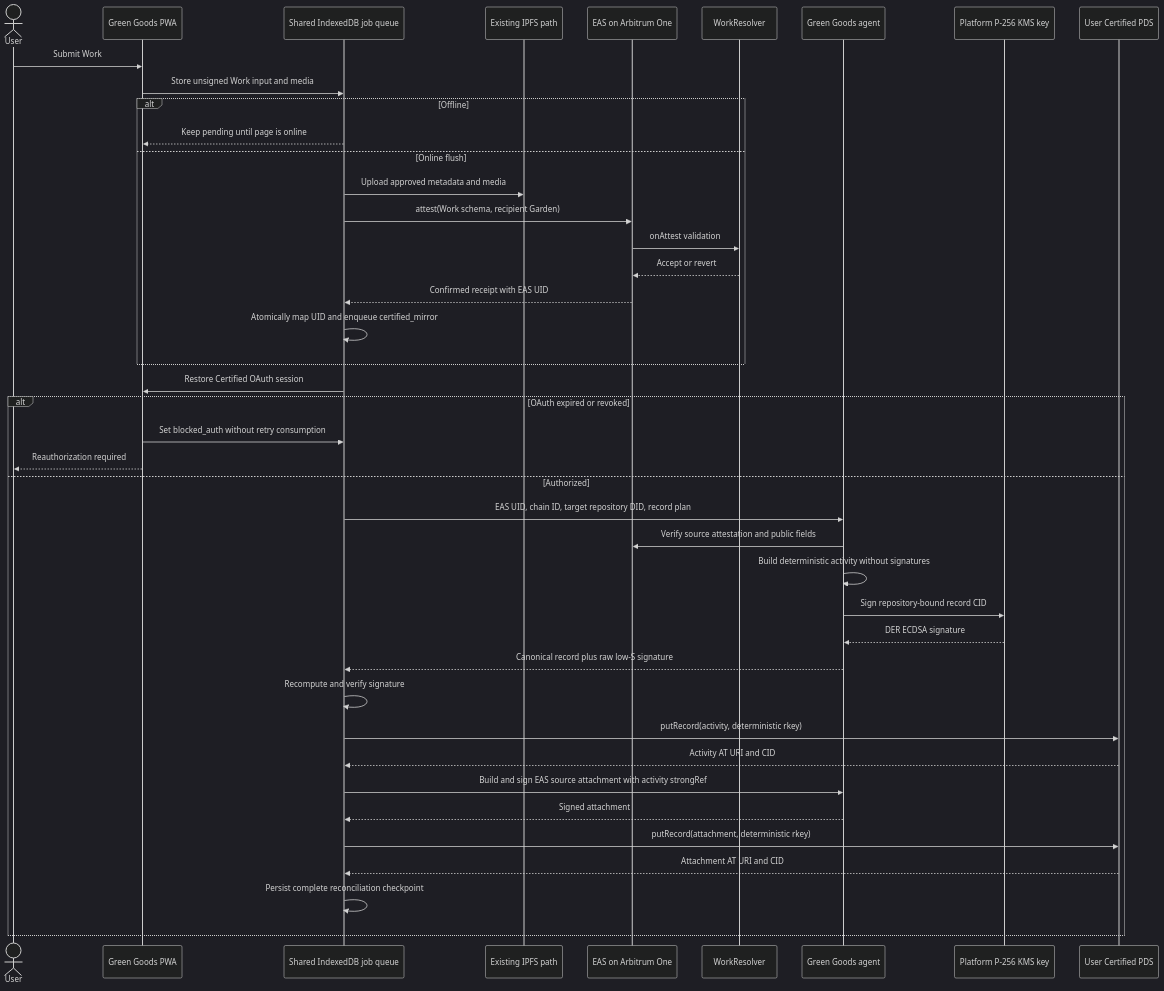
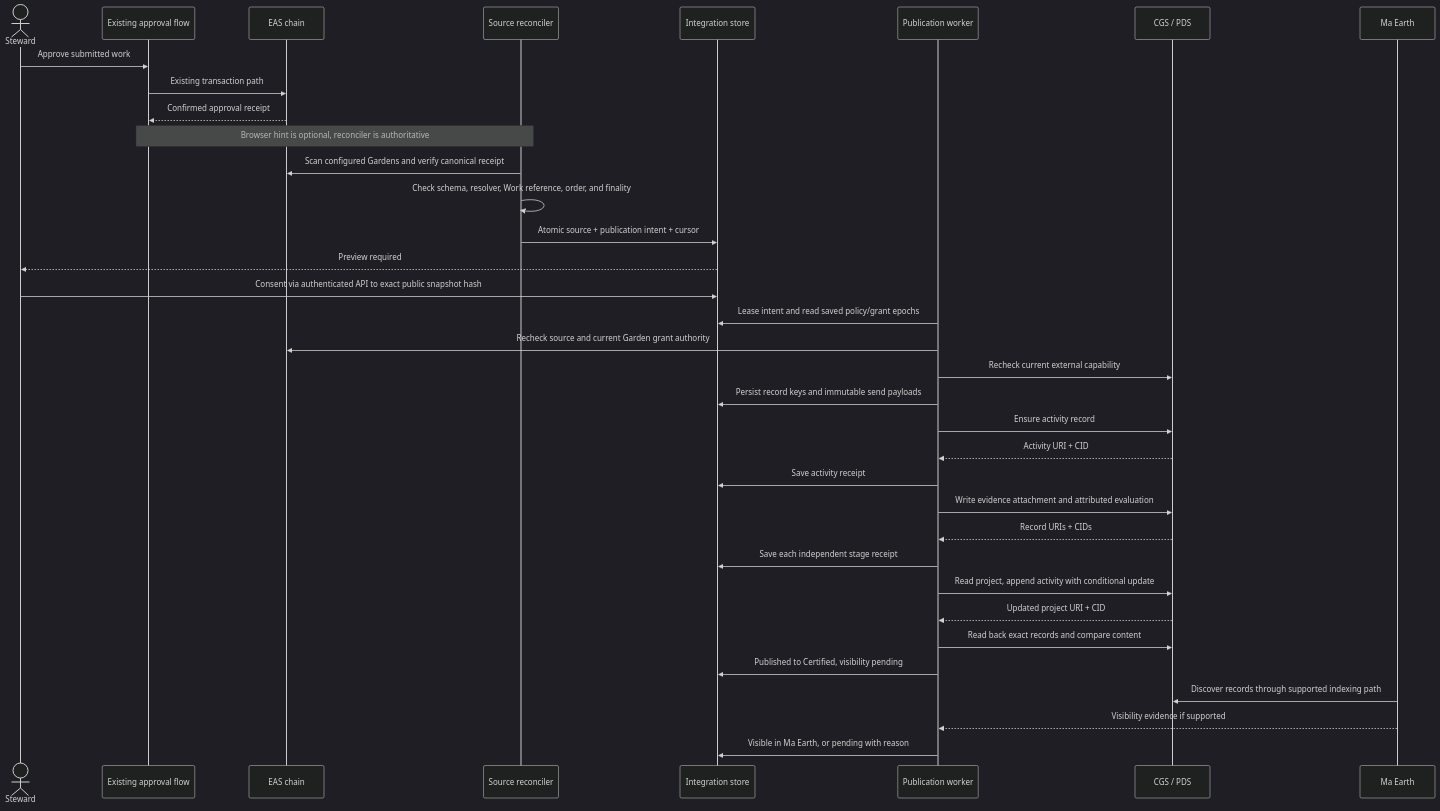
The fifth of 10 diagrams in docs/docs/builders/reference/certified-atproto-integration-spec-2026-07.md (greenpill-dev-guild/green-goods), drawn with Mermaid (dark theme) before and after one commit. The commit also changed other lines of this file and 14 other files, not shown here.

Commit message:
docs(shared): plan Certified approval publishing phases

````diff
--- a/docs/docs/builders/reference/certified-atproto-integration-spec-2026-07.md
+++ b/docs/docs/builders/reference/certified-atproto-integration-spec-2026-07.md
@@ -266,45 +384,37 @@
 ```mermaid
 sequenceDiagram
-  actor User
-  participant PWA as Green Goods PWA
-  participant Queue as Shared IndexedDB job queue
-  participant IPFS as Existing IPFS path
-  participant EAS as EAS on Arbitrum One
-  participant Resolver as WorkResolver
-  participant Agent as Green Goods agent
-  participant KMS as Platform P-256 KMS key
-  participant PDS as User Certified PDS
-
-  User->>PWA: Submit Work
-  PWA->>Queue: Store unsigned Work input and media
-  alt Offline
-    Queue-->>PWA: Keep pending until page is online
-  else Online flush
-    Queue->>IPFS: Upload approved metadata and media
-    Queue->>EAS: attest(Work schema, recipient Garden)
-    EAS->>Resolver: onAttest validation
-    Resolver-->>EAS: Accept or revert
-    EAS-->>Queue: Confirmed receipt with EAS UID
-    Queue->>Queue: Atomically map UID and enqueue certified_mirror
-  end
-  Queue->>PWA: Restore Certified OAuth session
-  alt OAuth expired or revoked
-    PWA->>Queue: Set blocked_auth without retry consumption
-    PWA-->>User: Reauthorization required
-  else Authorized
-    Queue->>Agent: EAS UID, chain ID, target repository DID, record plan
-    Agent->>EAS: Verify source attestation and public fields
-    Agent->>Agent: Build deterministic activity without signatures
-    Agent->>KMS: Sign repository-bound record CID
-    KMS-->>Agent: DER ECDSA signature
-    Agent-->>Queue: Canonical record plus raw low-S signature
-    Queue->>Queue: Recompute and verify signature
-    Queue->>PDS: putRecord(activity, deterministic rkey)
-    PDS-->>Queue: Activity AT URI and CID
-    Queue->>Agent: Build and sign EAS source attachment with activity strongRef
-    Agent-->>Queue: Signed attachment
-    Queue->>PDS: putRecord(attachment, deterministic rkey)
-    PDS-->>Queue: Attachment AT URI and CID
-    Queue->>Queue: Persist complete reconciliation checkpoint
-  end
+  actor S as Steward
+  participant G as Existing approval flow
+  participant E as EAS chain
+  participant R as Source reconciler
+  participant D as Integration store
+  participant W as Publication worker
+  participant C as CGS / PDS
+  participant M as Ma Earth
+  S->>G: Approve submitted work
+  G->>E: Existing transaction path
+  E-->>G: Confirmed approval receipt
+  Note over G,R: Browser hint is optional, reconciler is authoritative
+  R->>E: Scan configured Gardens and verify canonical receipt
+  R->>R: Check schema, resolver, Work reference, order, and finality
+  R->>D: Atomic source + publication intent + cursor
+  D-->>S: Preview required
+  S->>D: Consent via authenticated API to exact public snapshot hash
+  W->>D: Lease intent and read saved policy/grant epochs
+  W->>E: Recheck source and current Garden grant authority
+  W->>C: Recheck current external capability
+  W->>D: Persist record keys and immutable send payloads
+  W->>C: Ensure activity record
+  C-->>W: Activity URI + CID
+  W->>D: Save activity receipt
+  W->>C: Write evidence attachment and attributed evaluation
+  C-->>W: Record URIs + CIDs
+  W->>D: Save each independent stage receipt
+  W->>C: Read project, append activity with conditional update
+  C-->>W: Updated project URI + CID
+  W->>C: Read back exact records and compare content
+  W->>D: Published to Certified, visibility pending
+  M->>C: Discover records through supported indexing path
+  M-->>W: Visibility evidence if supported
+  W->>D: Visible in Ma Earth, or pending with reason
 ```
````
